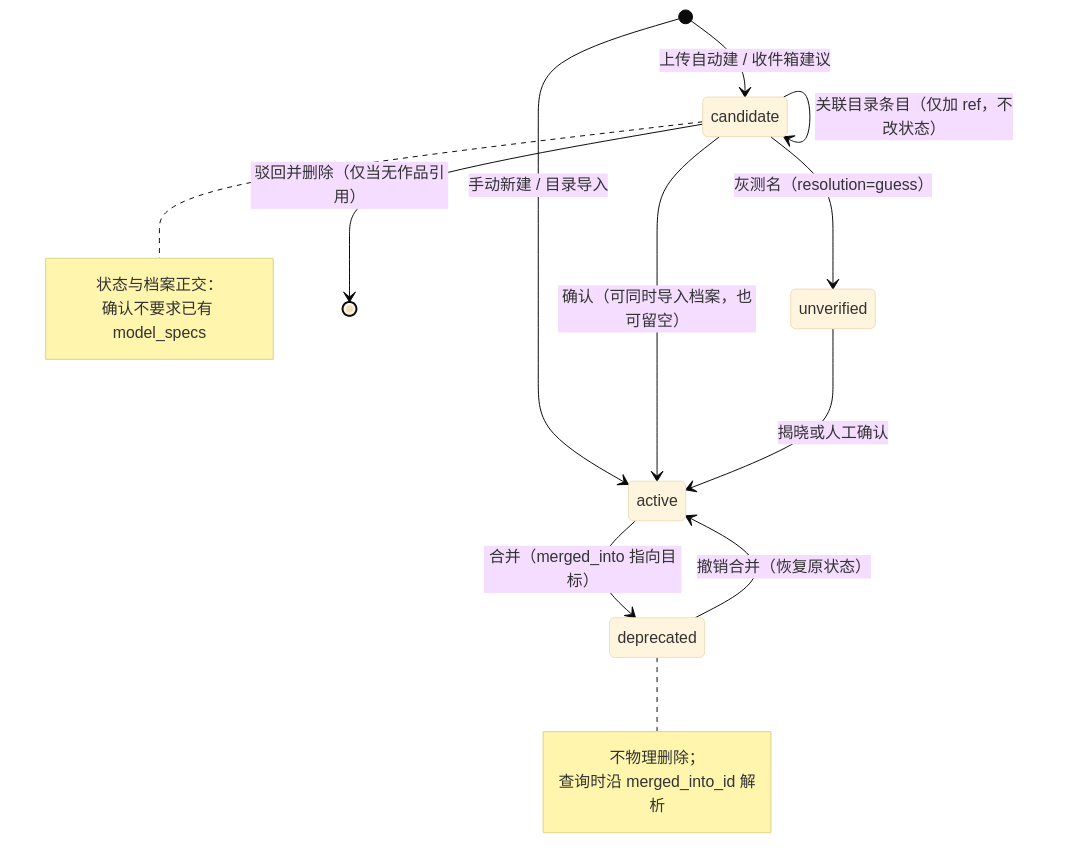
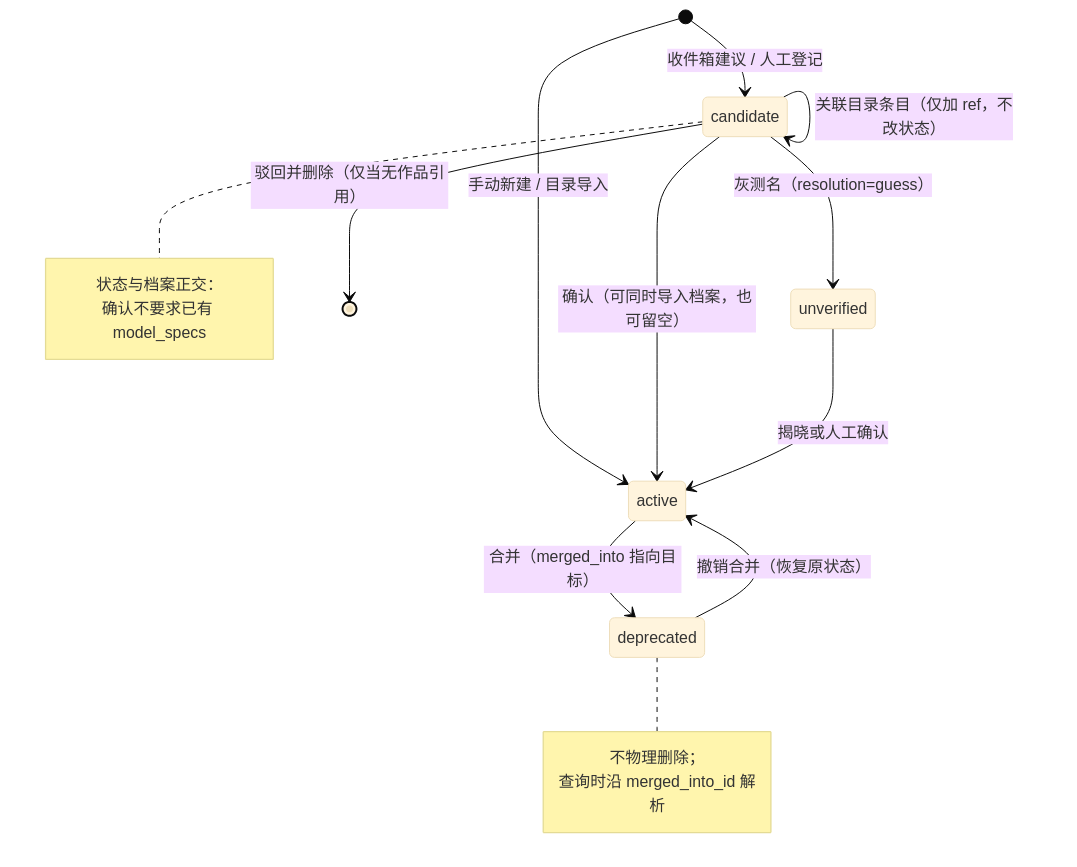
The eighth of 14 diagrams in docs/模型域设计.md (deepdemos/ds-demos-showcase), drawn with Mermaid (base theme) before and after one commit. The commit also changed other lines of this file and 21 other files, not shown here.

````diff
--- a/docs/模型域设计.md
+++ b/docs/模型域设计.md
@@ -1314,20 +1316,20 @@
 ```mermaid
 stateDiagram-v2
-    [*] --> candidate: 上传自动建 / 收件箱建议
+    [*] --> candidate: 收件箱建议 / 人工登记
     [*] --> active: 手动新建 / 目录导入
     candidate --> candidate: 关联目录条目（仅加 ref，不改状态）
     candidate --> active: 确认（可同时导入档案，也可留空）
     candidate --> unverified: 灰测名（resolution=guess）
     candidate --> [*]: 驳回并删除（仅当无作品引用）
     unverified --> active: 揭晓或人工确认
     active --> deprecated: 合并（merged_into 指向目标）
     deprecated --> active: 撤销合并（恢复原状态）
     note right of candidate
         状态与档案正交：
         确认不要求已有 model_specs
     end note
     note right of deprecated
         不物理删除；
         查询时沿 merged_into_id 解析
     end note
 ```
````
